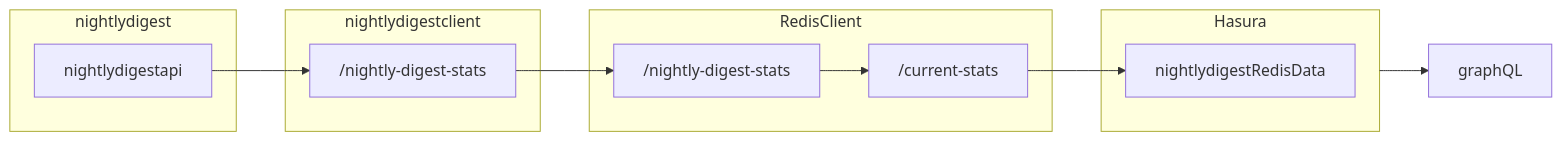
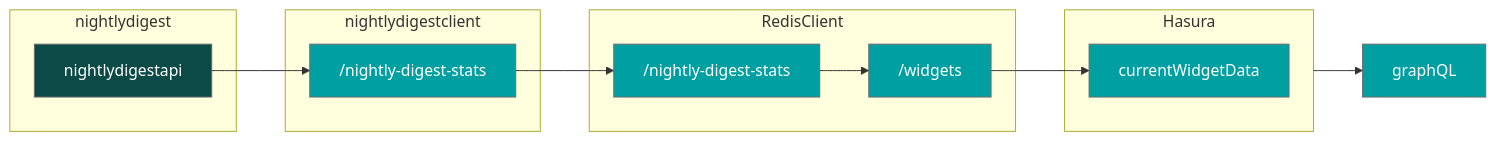
One commit to lsst-epo/nightly-digest-client-function changed the diagram in README.md. Above: the diagram before and after it, drawn with Mermaid. The commit also changed other lines of this file and 8 other files, not shown here.

Commit message:
feat: adds 100% tested nightly-digest-stats handling of exposures to be used for survey progress calculation

````diff
--- a/README.md
+++ b/README.md
@@ -8,25 +8,35 @@
 ```mermaid
 graph LR
+
+    classDef person fill:#D9F7F6,stroke:#6A6E6E,color:#1F2121
+    classDef system fill:#B1F2EF,stroke:#6A6E6E,color:#1F2121
+    classDef container fill:#009FA1,stroke:#6A6E6E,color:#ffffff
+    classDef external fill:#0C4A47,stroke:#6A6E6E,color:#ffffff
+
     subgraph RedisClient
-        nightly-digest-stats["/nightly-digest-stats"]-->redis-current-stats["/current-stats"]
+        nightly-digest-stats["/nightly-digest-stats"]-->widgetsStats["/widgets"]
         
     end
 
 
     subgraph nightlydigest
         nightlydigestapi
     end
 
     subgraph nightlydigestclient
         nightlydigest-stats["/nightly-digest-stats"]
     end
 
     subgraph Hasura
-        nightlydigestRedisData
+        currentWidgetData
         
     end
     nightlydigestapi-->nightlydigest-stats-->nightly-digest-stats
-    redis-current-stats-->nightlydigestRedisData
+    widgetsStats-->currentWidgetData
     Hasura-->graphQL
+
+    class nightly-digest-stats,nightlydigest-stats,widgetsStats,currentWidgetData,graphQL container
+    class nightlydigestapi external
+
     
 ```
````
